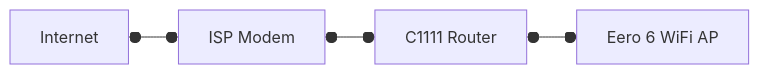
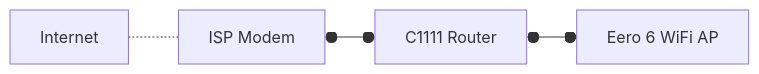
The second of 2 diagrams in docs/reference/architecture/decision-records.md (serpro69/ktchn8s), drawn with Mermaid before and after one commit. The commit also changed other lines of this file and 1 other file, not shown here.

Commit message:
Update connection points in AD-0001 diagrams

````diff
--- a/docs/reference/architecture/decision-records.md
+++ b/docs/reference/architecture/decision-records.md
@@ -64,4 +64,4 @@
 ```mermaid
 flowchart LR
-    I[Internet] o--o A[ISP Modem] o--o B[C1111 Router] o--o C[Eero 6 WiFi AP]
+    I[Internet] -.- A[ISP Modem] o--o B[C1111 Router] o--o C[Eero 6 WiFi AP]
 ```
````
